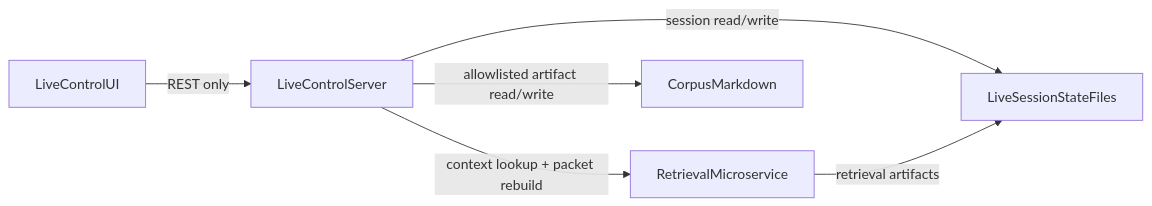
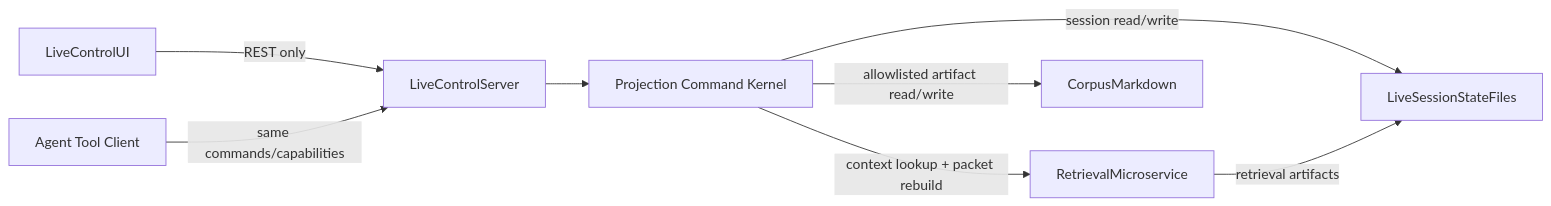
One commit to Drakosfire/DungeonMindBuddy changed the diagram in Docs/Plans/DESIGN-c2-live-control-l5-pane-state-boundaries.md. Above: the diagram before and after it, drawn with Mermaid. The commit also changed other lines of this file, not shown here.

Commit message:
docs: refine L5 pane command architecture

````diff
--- a/Docs/Plans/DESIGN-c2-live-control-l5-pane-state-boundaries.md
+++ b/Docs/Plans/DESIGN-c2-live-control-l5-pane-state-boundaries.md
@@ -42,14 +43,18 @@
 ```mermaid
 flowchart LR
   liveUi[LiveControlUI]
+  agent[Agent Tool Client]
   liveApi[LiveControlServer]
+  commandKernel[Projection Command Kernel]
   liveState[LiveSessionStateFiles]
   retrievalSvc[RetrievalMicroservice]
   corpus[CorpusMarkdown]
 
   liveUi -->|REST only| liveApi
-  liveApi -->|session read/write| liveState
-  liveApi -->|allowlisted artifact read/write| corpus
-  liveApi -->|context lookup + packet rebuild| retrievalSvc
+  agent -->|same commands/capabilities| liveApi
+  liveApi --> commandKernel
+  commandKernel -->|session read/write| liveState
+  commandKernel -->|allowlisted artifact read/write| corpus
+  commandKernel -->|context lookup + packet rebuild| retrievalSvc
   retrievalSvc -->|retrieval artifacts| liveState
 ```
````
